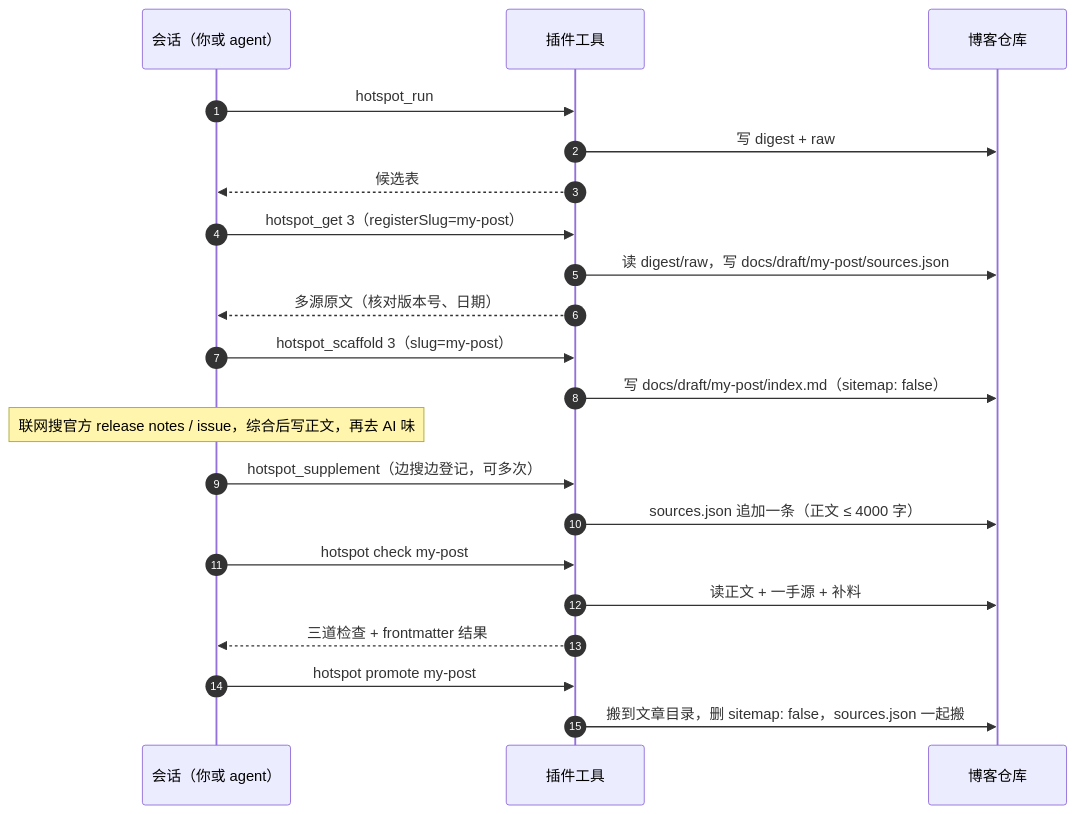
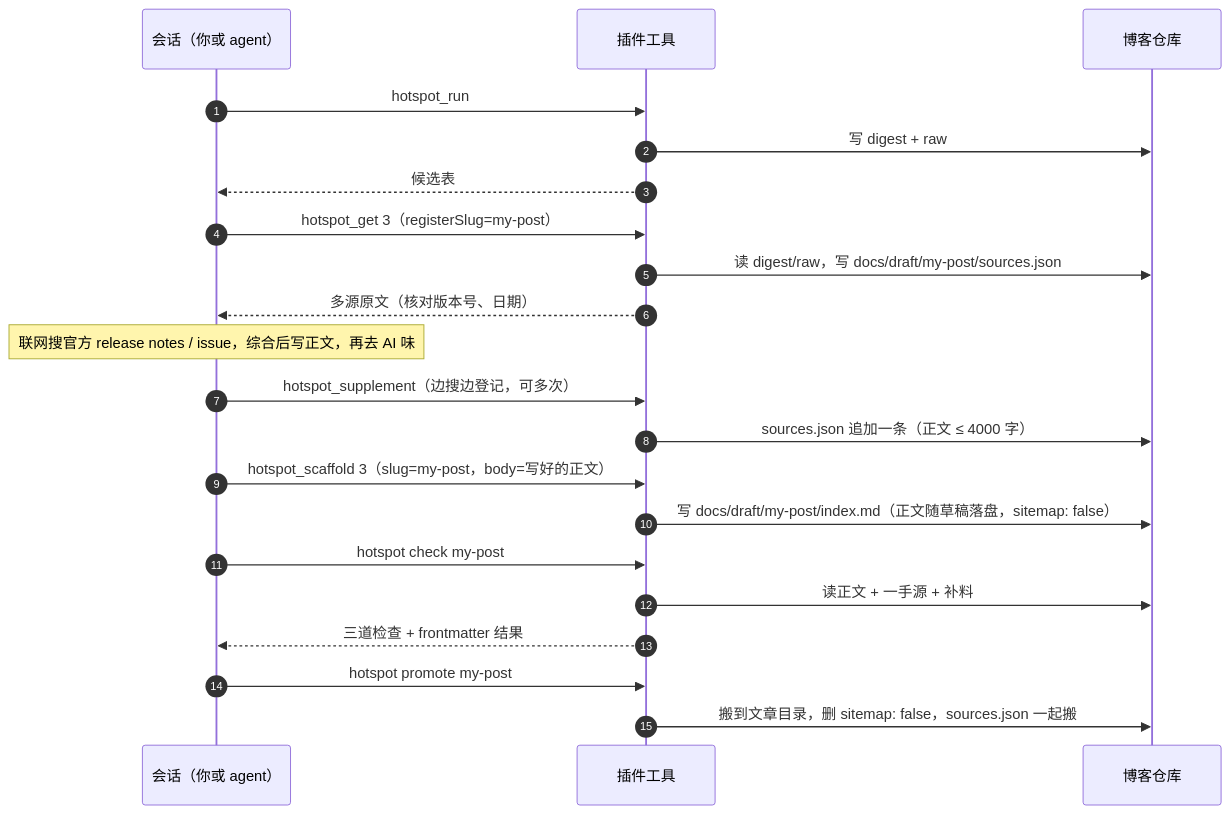
Before and after one commit to swiftdo/dsh-hotspot: the second of 4 diagrams in README.md, drawn with Mermaid. The commit also changed other lines of this file and 4 other files, not shown here.

````diff
--- a/README.md
+++ b/README.md
@@ -87,30 +87,30 @@
 ```mermaid
 sequenceDiagram
   autonumber
   participant U as 会话（你或 agent）
   participant T as 插件工具
   participant B as 博客仓库
 
   U->>T: hotspot_run
   T->>B: 写 digest + raw
   T-->>U: 候选表
 
   U->>T: hotspot_get 3（registerSlug=my-post）
   T->>B: 读 digest/raw，写 docs/draft/my-post/sources.json
   T-->>U: 多源原文（核对版本号、日期）
 
-  U->>T: hotspot_scaffold 3（slug=my-post）
-  T->>B: 写 docs/draft/my-post/index.md（sitemap: false）
-
   Note over U: 联网搜官方 release notes / issue，综合后写正文，再去 AI 味
 
   U->>T: hotspot_supplement（边搜边登记，可多次）
   T->>B: sources.json 追加一条（正文 ≤ 4000 字）
+
+  U->>T: hotspot_scaffold 3（slug=my-post，body=写好的正文）
+  T->>B: 写 docs/draft/my-post/index.md（正文随草稿落盘，sitemap: false）
 
   U->>T: hotspot check my-post
   T->>B: 读正文 + 一手源 + 补料
   T-->>U: 三道检查 + frontmatter 结果
 
   U->>T: hotspot promote my-post
   T->>B: 搬到文章目录，删 sitemap: false，sources.json 一起搬
 ```
````
